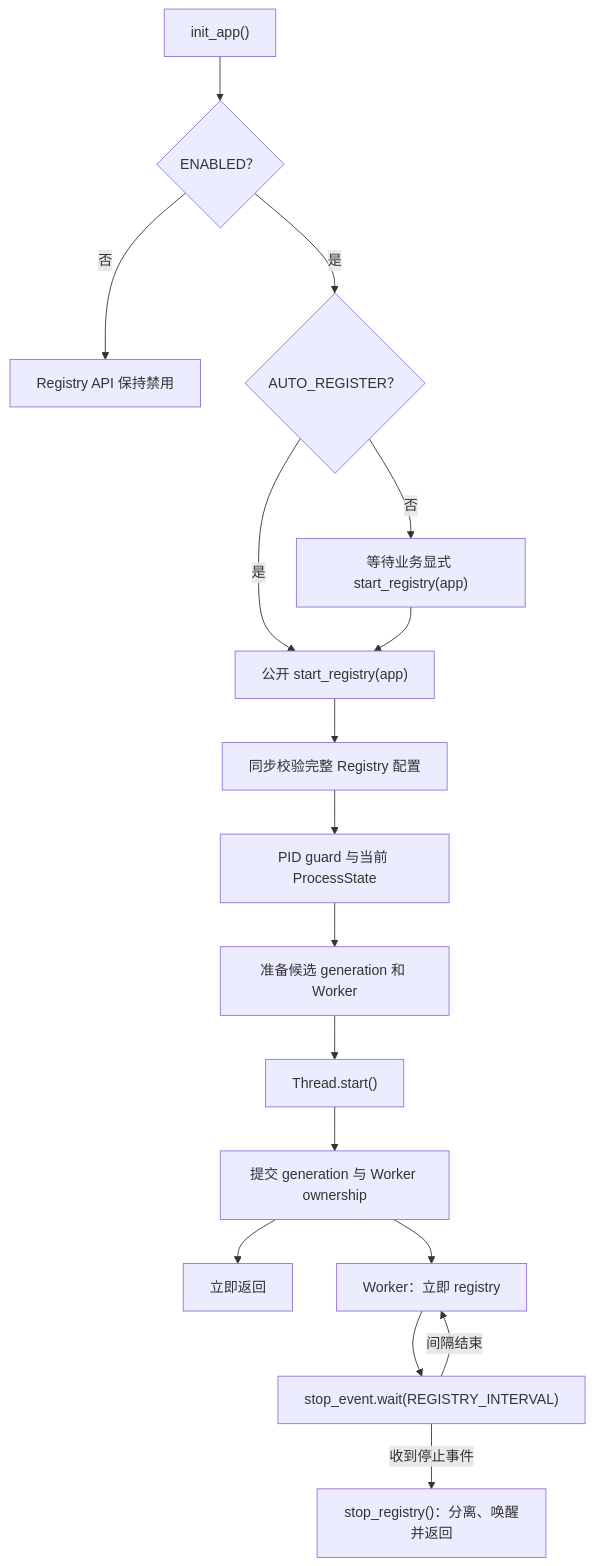
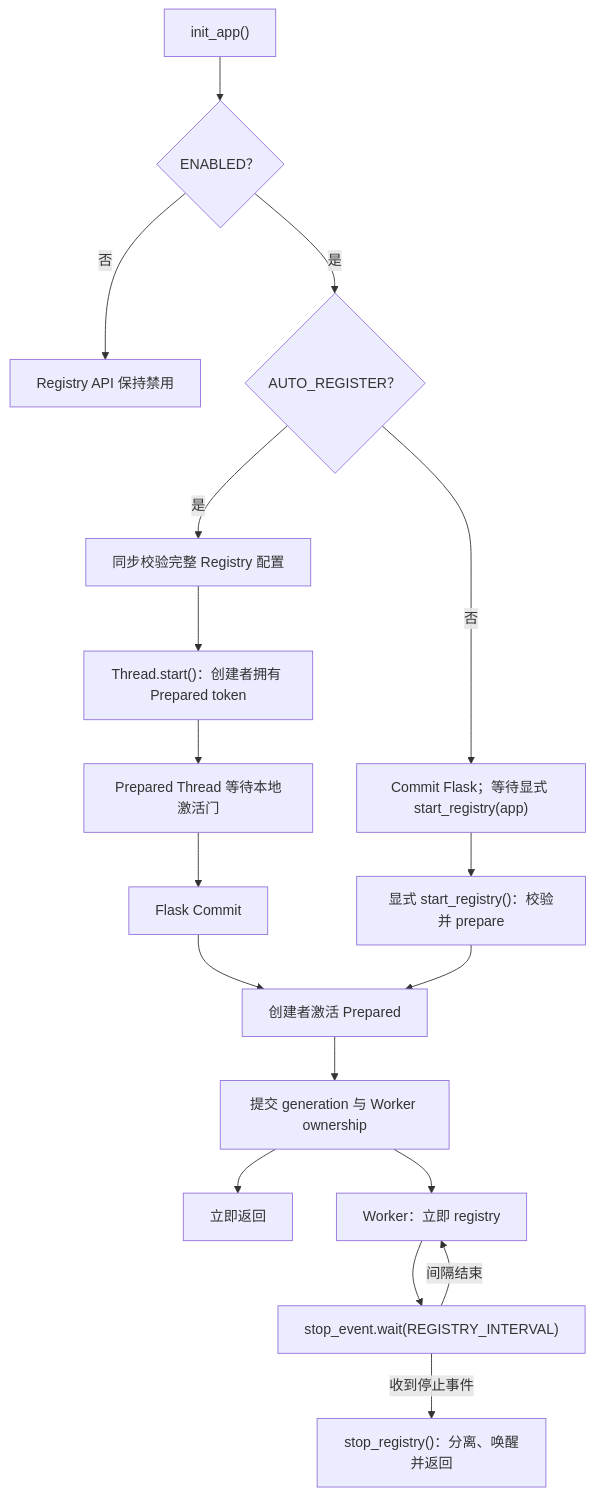
The second of 4 diagrams in docs/deployment.zh-CN.md (pumpkin-nbc/Flask-XXLJob), drawn with Mermaid before and after one commit. The commit also changed other lines of this file and 14 other files, not shown here.

````diff
--- a/docs/deployment.zh-CN.md
+++ b/docs/deployment.zh-CN.md
@@ -23,19 +28,20 @@
 ```mermaid
 flowchart TD
     A["init_app()"] --> B{"ENABLED？"}
-    B -->|"否"| C["Registry API 保持禁用"]
-    B -->|"是"| D{"AUTO_REGISTER？"}
-    D -->|"是"| E["公开 start_registry(app)"]
-    D -->|"否"| F["等待业务显式 start_registry(app)"]
-    F --> E
-    E --> G["同步校验完整 Registry 配置"]
-    G --> H["PID guard 与当前 ProcessState"]
-    H --> I["准备候选 generation 和 Worker"]
-    I --> J["Thread.start()"]
-    J --> K["提交 generation 与 Worker ownership"]
+    B -->|"否"| Z["Registry API 保持禁用"]
+    B -->|"是"| C{"AUTO_REGISTER？"}
+    C -->|"否"| J["Commit Flask；等待显式 start_registry(app)"]
+    C -->|"是"| D["同步校验完整 Registry 配置"]
+    D --> E["Thread.start()：创建者拥有 Prepared token"]
+    E --> F["Prepared Thread 等待本地激活门"]
+    F --> G["Flask Commit"]
+    G --> H["创建者激活 Prepared"]
+    J --> I["显式 start_registry()：校验并 prepare"]
+    I --> H
+    H --> K["提交 generation 与 Worker ownership"]
     K --> L["立即返回"]
     K --> M["Worker：立即 registry"]
     M --> N["stop_event.wait(REGISTRY_INTERVAL)"]
     N -->|"间隔结束"| M
     N -->|"收到停止事件"| O["stop_registry()：分离、唤醒并返回"]
 ```
````
